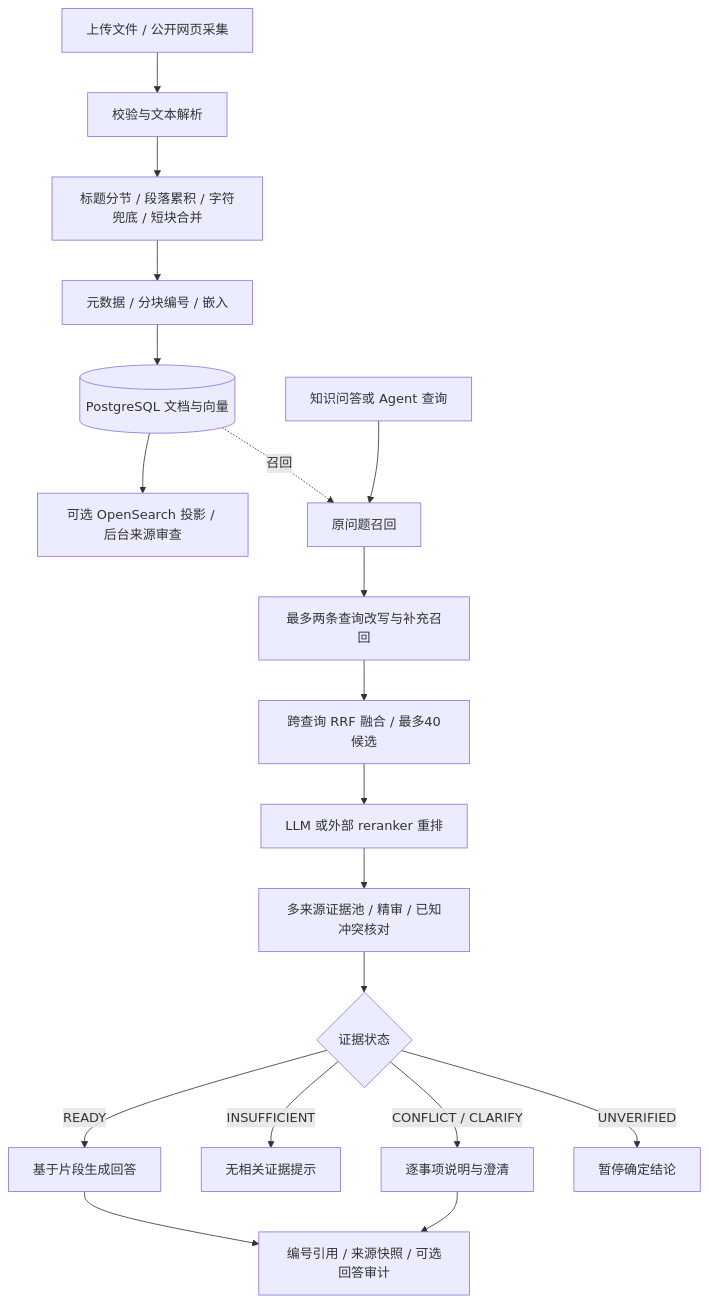
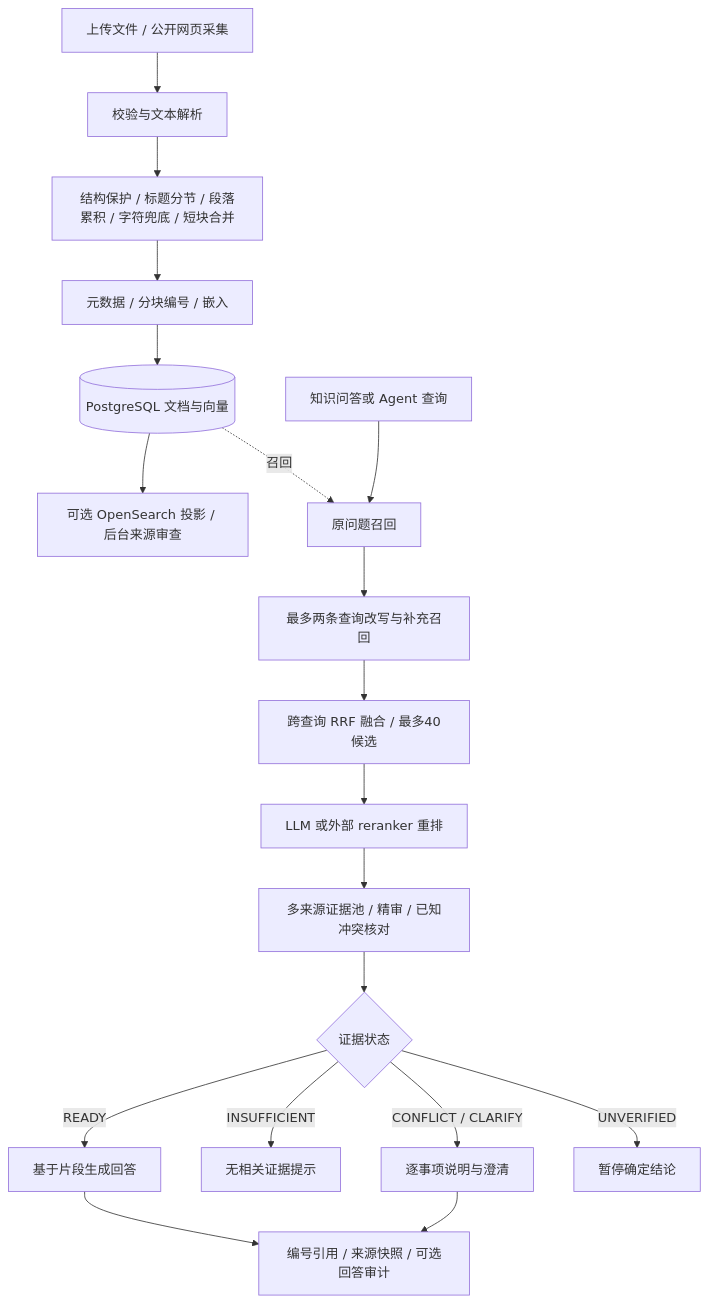
The diagram in docs/rag.md (HangChi/personal-ai-os), drawn with Mermaid before and after one commit. The commit also changed other lines of this file and 11 other files, not shown here.

````diff
--- a/docs/rag.md
+++ b/docs/rag.md
@@ -7,21 +7,21 @@
 ```mermaid
 flowchart TD
     A[上传文件 / 公开网页采集] --> B[校验与文本解析]
-    B --> C[标题分节 / 段落累积 / 字符兜底 / 短块合并]
+    B --> C[结构保护 / 标题分节 / 段落累积 / 字符兜底 / 短块合并]
     C --> D[元数据 / 分块编号 / 嵌入]
     D --> E[(PostgreSQL 文档与向量)]
     E --> F[可选 OpenSearch 投影 / 后台来源审查]
     Q[知识问答或 Agent 查询] --> R[原问题召回]
     R --> W[最多两条查询改写与补充召回]
     W --> U[跨查询 RRF 融合 / 最多40候选]
     U --> K[LLM 或外部 reranker 重排]
     K --> V[多来源证据池 / 精审 / 已知冲突核对]
     V --> S{证据状态}
     S -->|READY| AN[基于片段生成回答]
     S -->|INSUFFICIENT| NO[无相关证据提示]
     S -->|CONFLICT / CLARIFY| GU[逐事项说明与澄清]
     S -->|UNVERIFIED| PA[暂停确定结论]
     AN --> CI[编号引用 / 来源快照 / 可选回答审计]
     GU --> CI
     E -. 召回 .-> R
 ```
````
